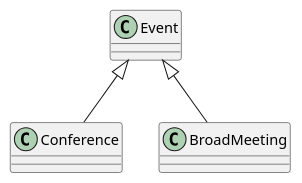
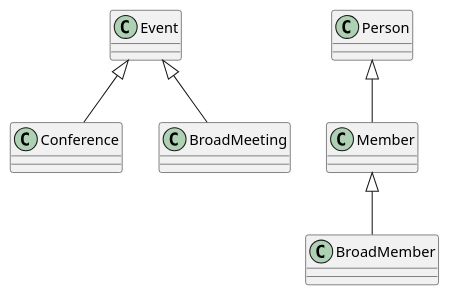
The diagram in P11_Diagrama_UML.puml (sandrasd89/UMLClasesSandra), drawn with PlantUML before and after one commit.

Commit message:
Se han creado las clases person, member y broadmember y su jerarquia

```diff
--- a/P11_Diagrama_UML.puml
+++ b/P11_Diagrama_UML.puml
@@ -1,14 +1,30 @@
 @startuml
 
 class Event{
 
 }
 class Conference {
 
 }
 class BroadMeeting{
 }
 
+class Person {
+
+}
+class Member{
+
+}
+
+class BroadMember {
+
+}
+
+
 Event <|-- Conference
 Event <|-- BroadMeeting
+Person <|-- Member
+Member <|-- BroadMember
+
+
 @enduml
```
